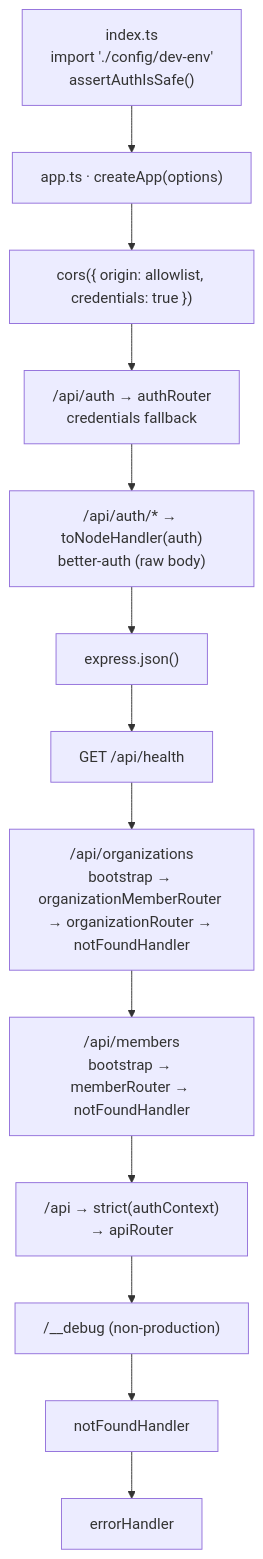
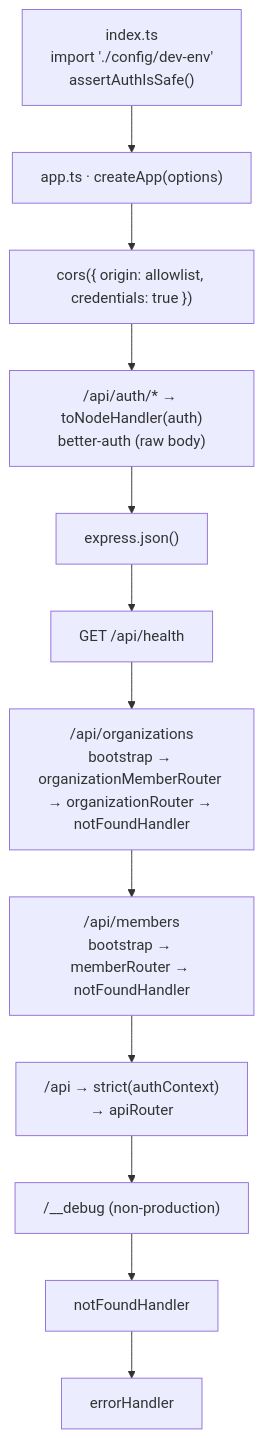
Before and after one commit to AimalShah/Distribution-management-system: the diagram in docs/diagrams/02-bootstrap-middleware-pipeline.mmd, drawn with Mermaid. The commit also changed 10 other files, not shown here.

First line of the commit message:
security: remove legacy credentials auth and bearer-token fallback (P0-1)

```diff
--- a/docs/diagrams/02-bootstrap-middleware-pipeline.mmd
+++ b/docs/diagrams/02-bootstrap-middleware-pipeline.mmd
@@ -1,13 +1,12 @@
 flowchart TD
   IDX["index.ts<br/>import './config/dev-env'<br/>assertAuthIsSafe()"] --> APP["app.ts · createApp(options)"]
   APP --> CORS["cors({ origin: allowlist, credentials: true })"]
-  CORS --> FALLBACK["/api/auth → authRouter<br/>credentials fallback"]
-  FALLBACK --> BA["/api/auth/* → toNodeHandler(auth)<br/>better-auth (raw body)"]
+  CORS --> BA["/api/auth/* → toNodeHandler(auth)<br/>better-auth (raw body)"]
   BA --> JSON["express.json()"]
   JSON --> HEALTH["GET /api/health"]
   HEALTH --> ORGB["/api/organizations<br/>bootstrap → organizationMemberRouter → organizationRouter → notFoundHandler"]
   ORGB --> MEMB["/api/members<br/>bootstrap → memberRouter → notFoundHandler"]
   MEMB --> STRICT["/api → strict(authContext)<br/>→ apiRouter"]
   STRICT --> DEBUG["/__debug (non-production)"]
   DEBUG --> NF["notFoundHandler"]
   NF --> EH["errorHandler"]
```
